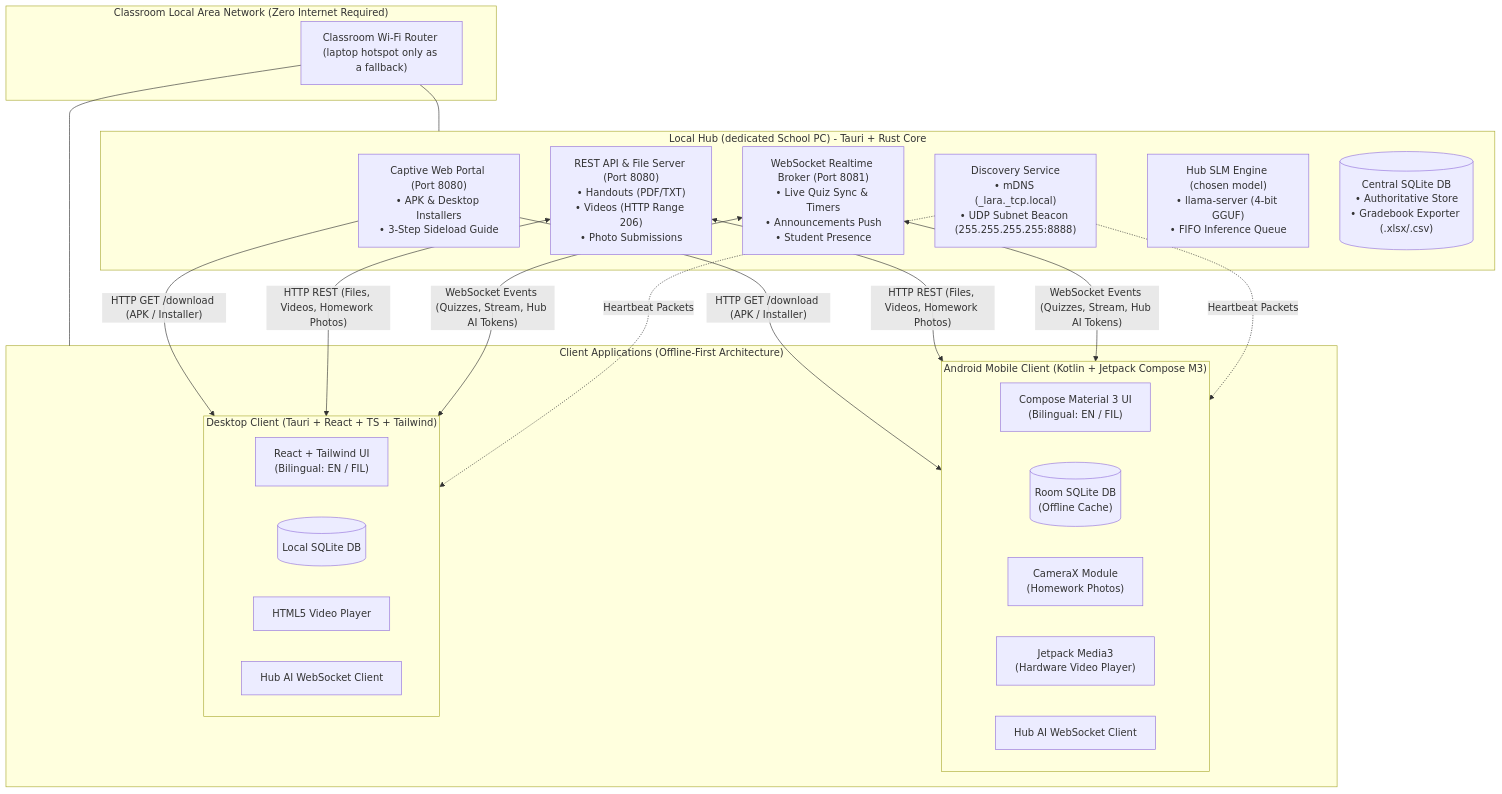
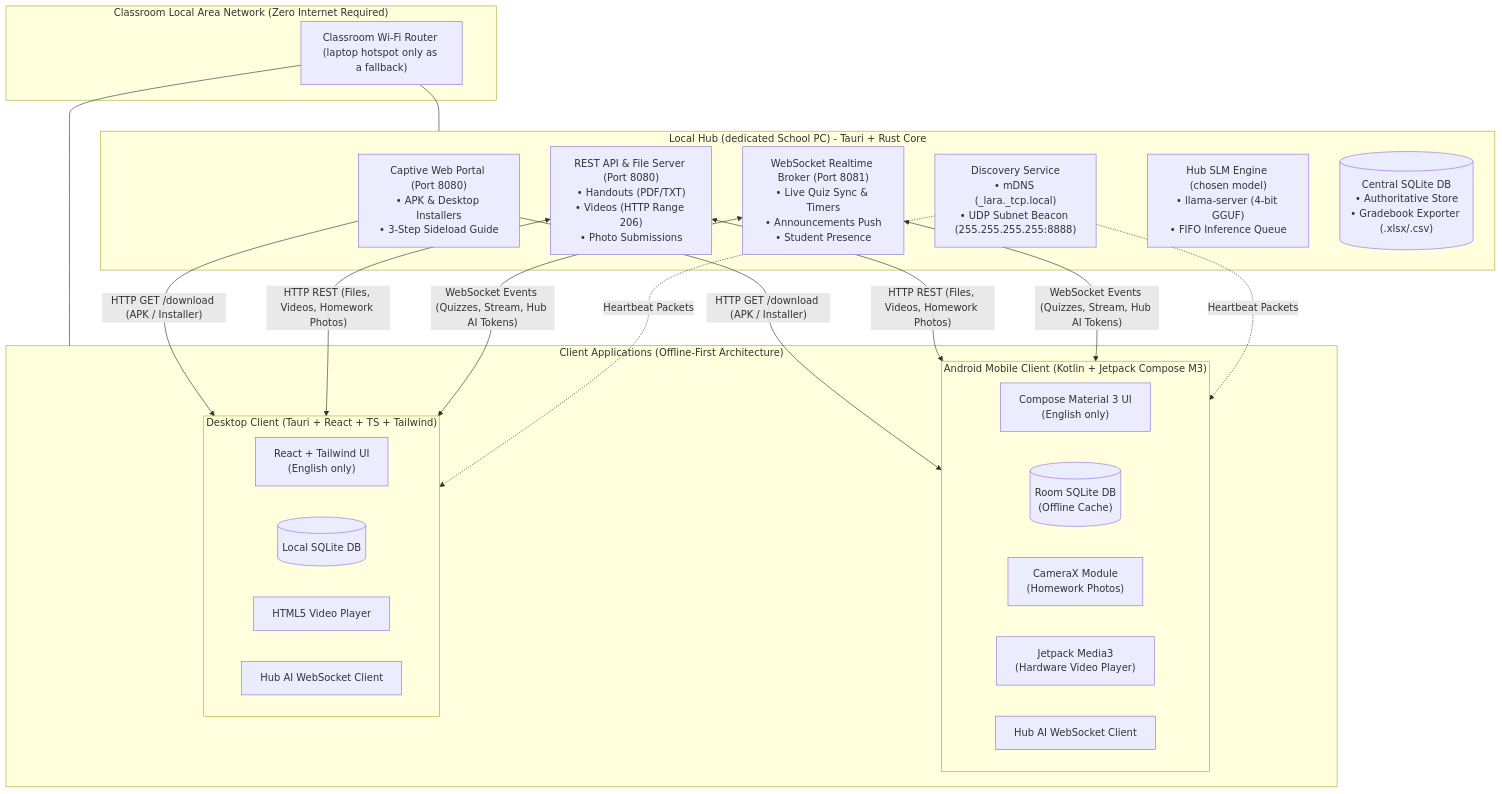
One commit to BootlegYouki/L.A.R.A changed the first of 5 diagrams in docs/PRD.md. Above: the diagram before and after it, drawn with Mermaid. The commit also changed other lines of this file and 15 other files, not shown here.

First line of the commit message:
rules: the apps are English only (no Filipino UI, no language toggle)

````diff
--- a/docs/PRD.md
+++ b/docs/PRD.md
@@ -52,40 +52,40 @@
 ```mermaid
 flowchart TD
  subgraph RouterArea["Classroom Local Area Network (Zero Internet Required)"]
  Router["Classroom Wi-Fi Router (laptop hotspot only as a fallback)"]
  end
 
  subgraph HubServer["Local Hub (dedicated School PC) - Tauri + Rust Core"]
  Captive["Captive Web Portal (Port 8080)<br/>• APK & Desktop Installers<br/>• 3-Step Sideload Guide"]
  RestEngine["REST API & File Server (Port 8080)<br/>• Handouts (PDF/TXT)<br/>• Videos (HTTP Range 206)<br/>• Photo Submissions"]
  WsBroker["WebSocket Realtime Broker (Port 8081)<br/>• Live Quiz Sync & Timers<br/>• Announcements Push<br/>• Student Presence"]
  Discovery["Discovery Service<br/>• mDNS (_lara._tcp.local)<br/>• UDP Subnet Beacon (255.255.255.255:8888)"]
  HubAI["Hub SLM Engine (chosen model)<br/>• llama-server (4-bit GGUF)<br/>• FIFO Inference Queue"]
  CentralDB[("Central SQLite DB<br/>• Authoritative Store<br/>• Gradebook Exporter (.xlsx/.csv)")]
  end
 
  subgraph ClientApps["Client Applications (Offline-First Architecture)"]
  subgraph AndroidClient["Android Mobile Client (Kotlin + Jetpack Compose M3)"]
- DroidUI["Compose Material 3 UI<br/>(Bilingual: EN / FIL)"]
+ DroidUI["Compose Material 3 UI<br/>(English only)"]
  DroidRoom[("Room SQLite DB<br/>(Offline Cache)")]
  DroidCam["CameraX Module<br/>(Homework Photos)"]
  DroidMedia["Jetpack Media3<br/>(Hardware Video Player)"]
  DroidAI["Hub AI WebSocket Client"]
  end
 
  subgraph DesktopClient["Desktop Client (Tauri + React + TS + Tailwind)"]
- DeskUI["React + Tailwind UI<br/>(Bilingual: EN / FIL)"]
+ DeskUI["React + Tailwind UI<br/>(English only)"]
  DeskSQLite[("Local SQLite DB")]
  DeskVideo["HTML5 Video Player"]
  DeskAI["Hub AI WebSocket Client"]
  end
  end
 
  Router --- HubServer
  Router --- ClientApps
 
  Captive -->|"HTTP GET /download (APK / Installer)"| AndroidClient & DesktopClient
  RestEngine <-->|"HTTP REST (Files, Videos, Homework Photos)"| AndroidClient & DesktopClient
  WsBroker <-->|"WebSocket Events (Quizzes, Stream, Hub AI Tokens)"| AndroidClient & DesktopClient
  Discovery -.->|"Heartbeat Packets"| AndroidClient & DesktopClient
 ```
````
